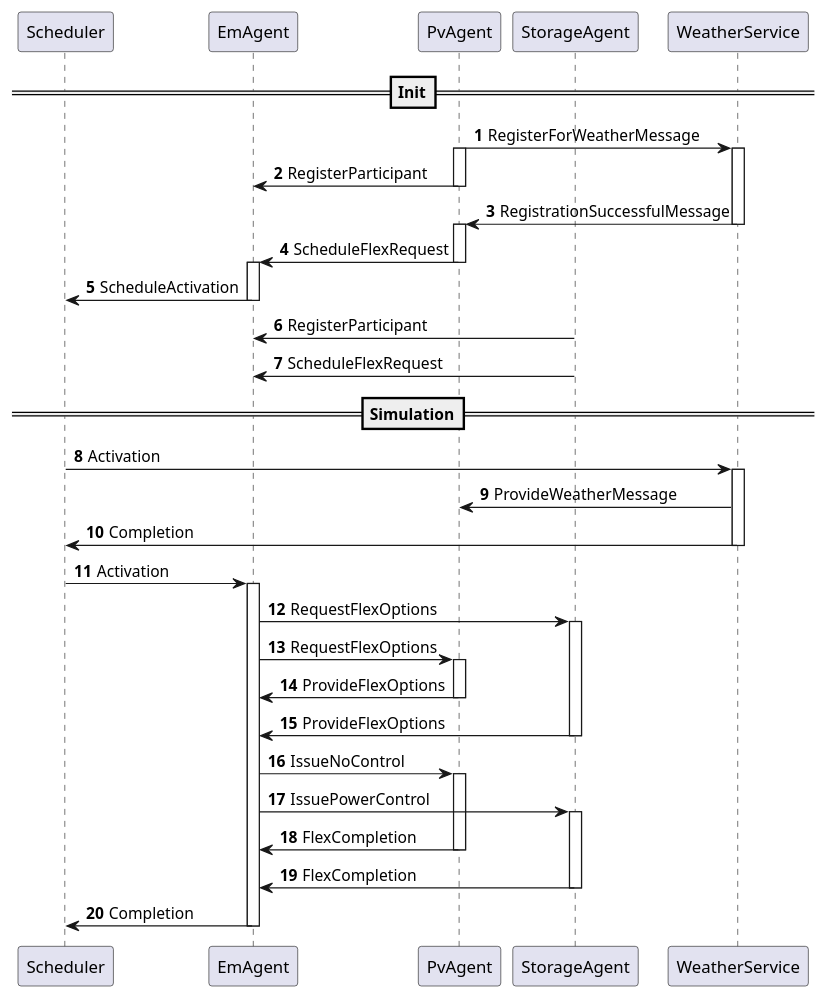
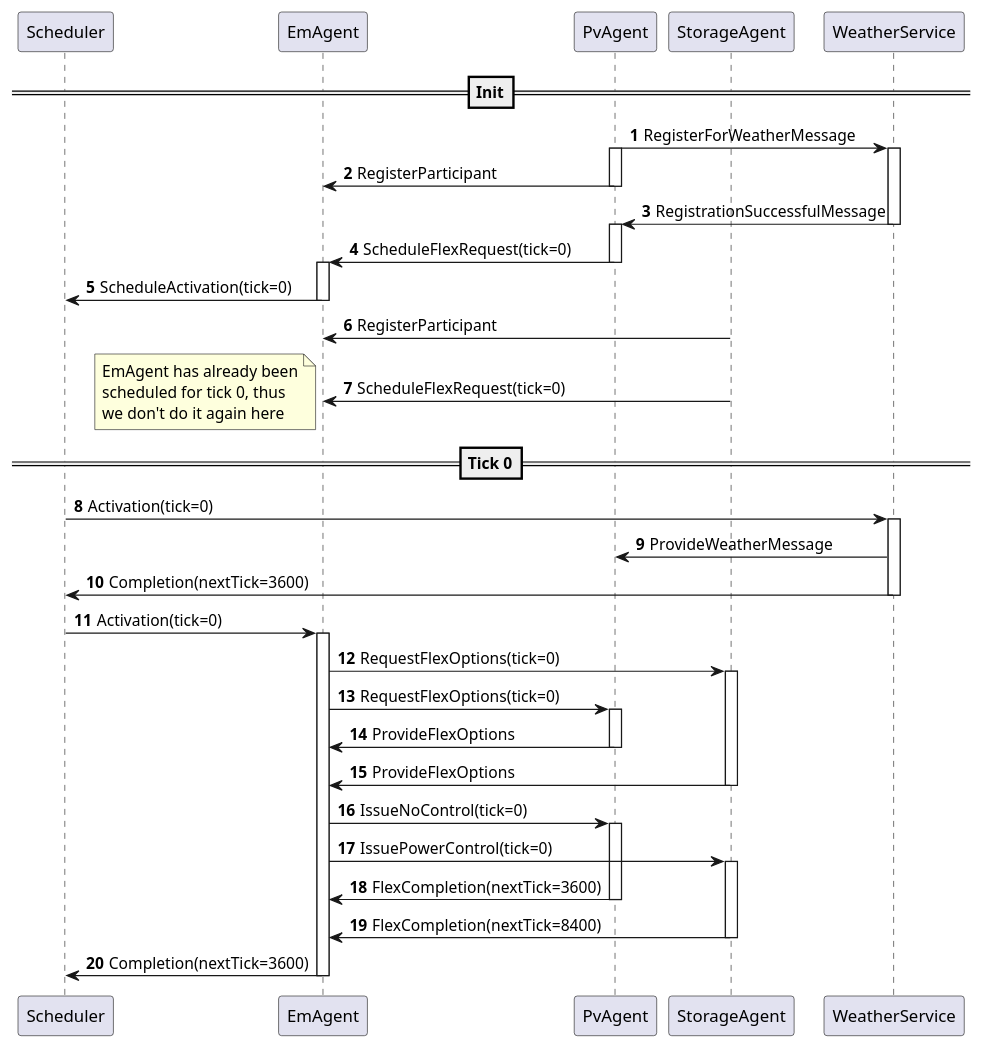
Before and after one commit to ie3-institute/simona: the diagram in docs/uml/protocol/em/UncontrolledEm.puml, drawn with PlantUML. The commit also changed 1 other file, not shown here.

```diff
--- a/docs/uml/protocol/em/UncontrolledEm.puml
+++ b/docs/uml/protocol/em/UncontrolledEm.puml
@@ -1,74 +1,80 @@
 @startuml
 'https://plantuml.com/sequence-diagram
 
 ' set fixed order
 participant Scheduler
 participant EmAgent
 participant PvAgent
 participant StorageAgent
 participant WeatherService
 
 autonumber
 
 ==Init==
 
 PvAgent -> WeatherService: RegisterForWeatherMessage
 activate PvAgent
 activate WeatherService
 PvAgent -> EmAgent: RegisterParticipant
 deactivate PvAgent
 
 WeatherService -> PvAgent: RegistrationSuccessfulMessage
 deactivate WeatherService
 activate PvAgent
-PvAgent -> EmAgent: ScheduleFlexRequest
+PvAgent -> EmAgent: ScheduleFlexRequest(tick=0)
 deactivate PvAgent
 activate EmAgent
 
-EmAgent -> Scheduler: ScheduleActivation
+EmAgent -> Scheduler: ScheduleActivation(tick=0)
 deactivate EmAgent
 
 StorageAgent -> EmAgent: RegisterParticipant
-StorageAgent -> EmAgent: ScheduleFlexRequest
+StorageAgent -> EmAgent: ScheduleFlexRequest(tick=0)
 
-==Simulation==
+note left
+EmAgent has already been
+scheduled for tick 0, thus
+we don't do it again here
+end note
 
-Scheduler -> WeatherService: Activation
+==Tick 0==
+
+Scheduler -> WeatherService: Activation(tick=0)
 activate WeatherService
 
 WeatherService -> PvAgent: ProvideWeatherMessage
 
-WeatherService -> Scheduler: Completion
+WeatherService -> Scheduler: Completion(nextTick=3600)
 deactivate WeatherService
 
-Scheduler -> EmAgent: Activation
+Scheduler -> EmAgent: Activation(tick=0)
 activate EmAgent
 
-EmAgent -> StorageAgent: RequestFlexOptions
+EmAgent -> StorageAgent: RequestFlexOptions(tick=0)
 activate StorageAgent
 
-EmAgent -> PvAgent: RequestFlexOptions
+EmAgent -> PvAgent: RequestFlexOptions(tick=0)
 activate PvAgent
 
 PvAgent -> EmAgent: ProvideFlexOptions
 deactivate PvAgent
 
 StorageAgent -> EmAgent: ProvideFlexOptions
 deactivate StorageAgent
 
-EmAgent -> PvAgent: IssueNoControl
+EmAgent -> PvAgent: IssueNoControl(tick=0)
 activate PvAgent
 
-EmAgent -> StorageAgent: IssuePowerControl
+EmAgent -> StorageAgent: IssuePowerControl(tick=0)
 activate StorageAgent
 
-PvAgent -> EmAgent: FlexCompletion
+PvAgent -> EmAgent: FlexCompletion(nextTick=3600)
 deactivate PvAgent
 
-StorageAgent -> EmAgent: FlexCompletion
+StorageAgent -> EmAgent: FlexCompletion(nextTick=8400)
 deactivate StorageAgent
 
-EmAgent -> Scheduler: Completion
+EmAgent -> Scheduler: Completion(nextTick=3600)
 deactivate EmAgent
 
 @enduml
```
